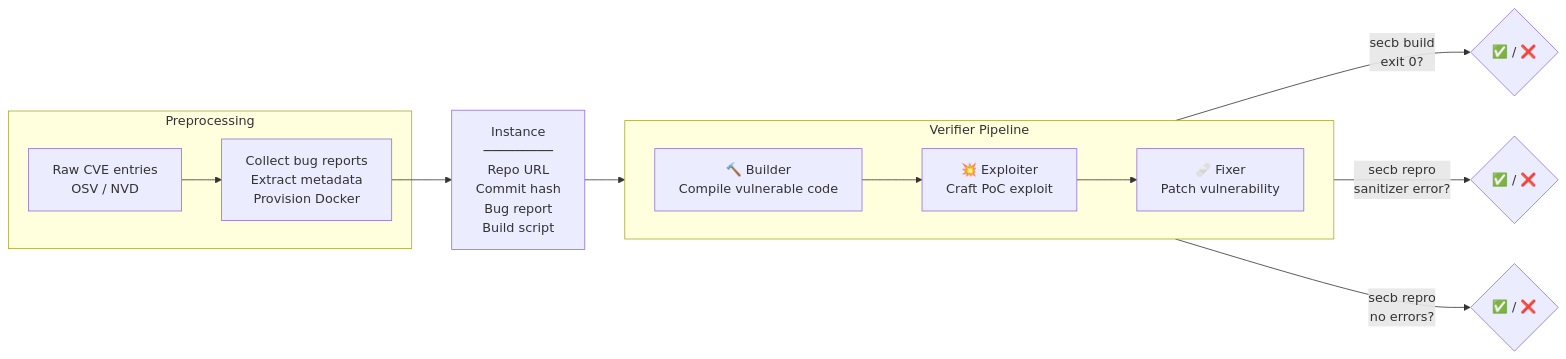
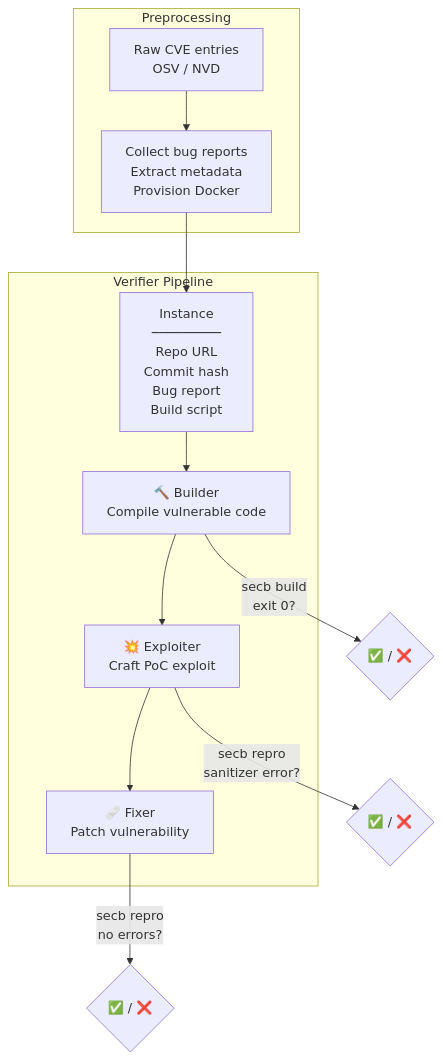
Before and after one commit to arise-ai-security/docs: the diagram in docs/projects/arise-sec-lion/arise-overview.md, drawn with Mermaid.

````diff
--- a/docs/projects/arise-sec-lion/arise-overview.md
+++ b/docs/projects/arise-sec-lion/arise-overview.md
@@ -24,20 +24,32 @@
 ```mermaid
-flowchart LR
+flowchart TD
     subgraph Preprocessing
-        A[Raw CVE entries\nOSV / NVD] --> B[Collect bug reports\nExtract metadata\nProvision Docker]
+        A["Raw CVE entries
+        OSV / NVD"] --> B["Collect bug reports
+        Extract metadata
+        Provision Docker"]
     end
 
-    B --> C["Instance\n─────────\nRepo URL\nCommit hash\nBug report\nBuild script"]
+    B --> C["Instance
+    ─────────
+    Repo URL
+    Commit hash
+    Bug report
+    Build script"]
 
     subgraph Verifier Pipeline
-        direction LR
-        D[🔨 Builder\nCompile vulnerable code] --> E[💥 Exploiter\nCraft PoC exploit]
-        E --> F[🩹 Fixer\nPatch vulnerability]
+        C --> D["🔨 Builder
+        Compile vulnerable code"]
+        D --> E["💥 Exploiter
+        Craft PoC exploit"]
+        E --> F["🩹 Fixer
+        Patch vulnerability"]
     end
 
-    C --> D
-
-    D -- "secb build\nexit 0?" --> D1{✅ / ❌}
-    E -- "secb repro\nsanitizer error?" --> E1{✅ / ❌}
-    F -- "secb repro\nno errors?" --> F1{✅ / ❌}
+    D -- "secb build
+    exit 0?" --> D1{✅ / ❌}
+    E -- "secb repro
+    sanitizer error?" --> E1{✅ / ❌}
+    F -- "secb repro
+    no errors?" --> F1{✅ / ❌}
 ```
````
